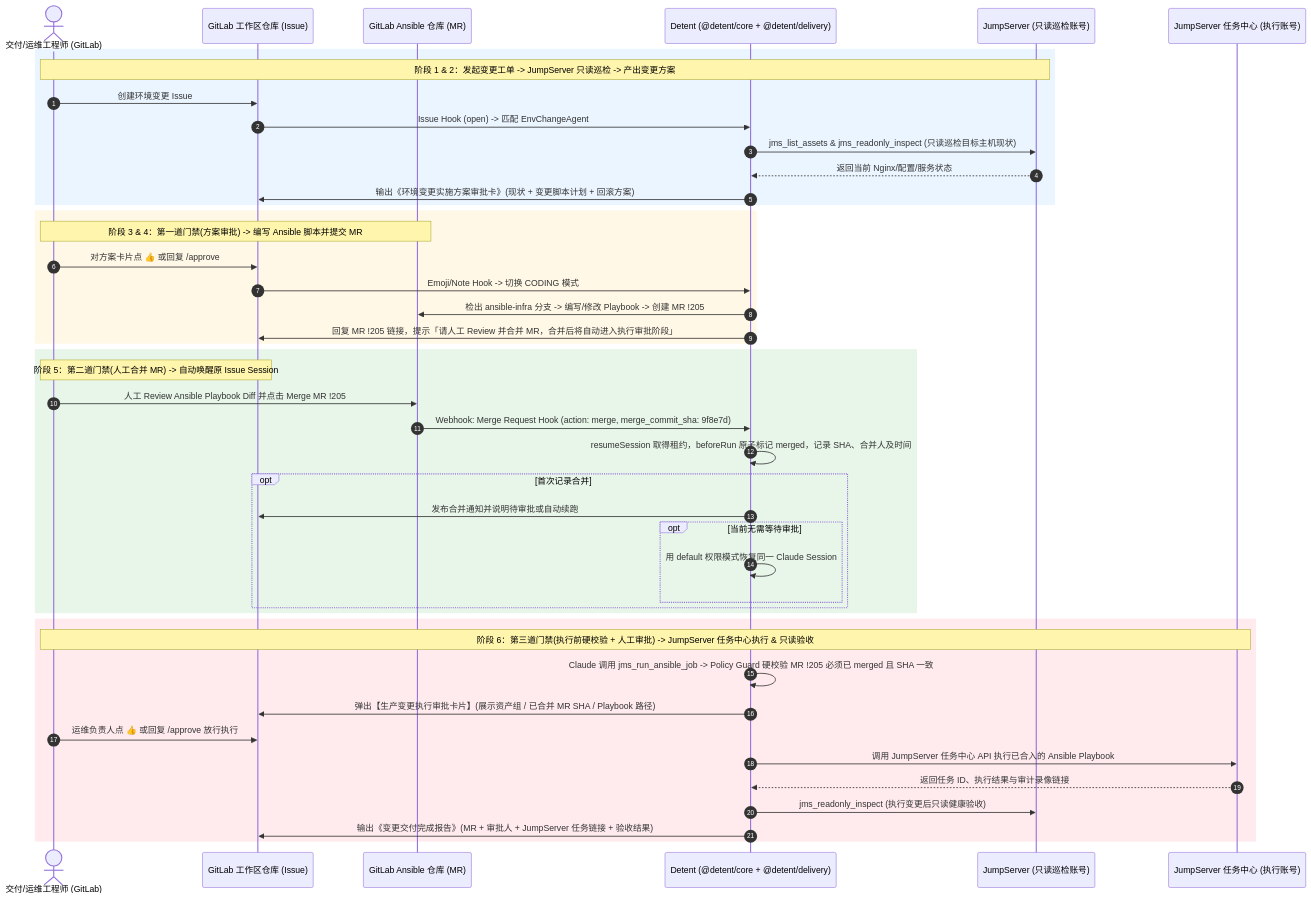
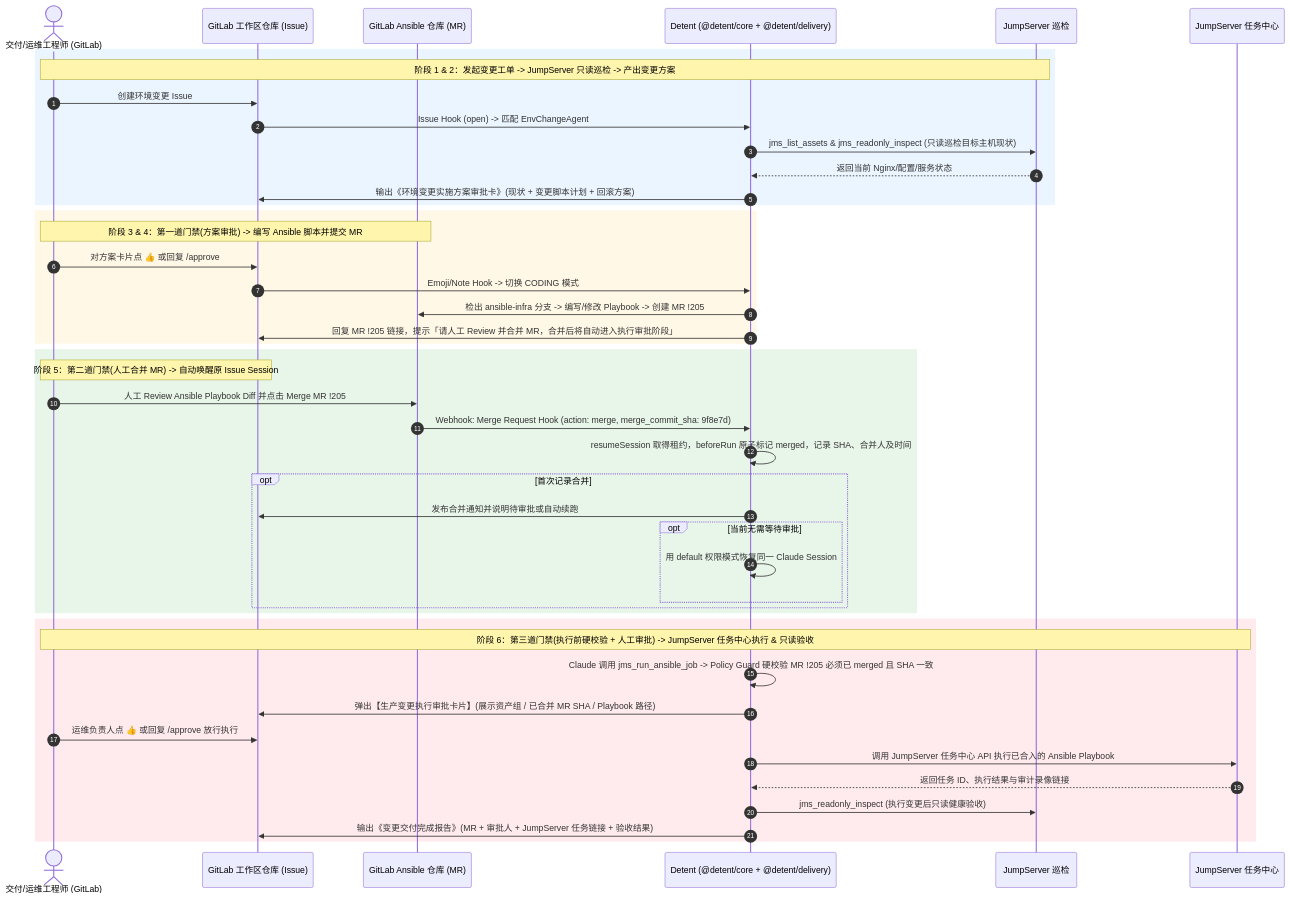
The second of 3 diagrams in docs/DESIGN.md (hallucination-studio/detent), drawn with Mermaid before and after one commit. The commit also changed other lines of this file and 62 other files, not shown here.

Commit message:
feat: add universal DETENT_SECRET_* vault, Hub capabilities.json, and single-key JumpServer auto-account

````diff
--- a/docs/DESIGN.md
+++ b/docs/DESIGN.md
@@ -201,51 +201,51 @@
 ```mermaid
 sequenceDiagram
     autonumber
     actor Ops as 交付/运维工程师 (GitLab)
     participant GL_Hub as GitLab 工作区仓库 (Issue)
     participant GL_Ans as GitLab Ansible 仓库 (MR)
     participant Detent as Detent (@detent/core + @detent/delivery)
-    participant JMS_RO as JumpServer (只读巡检账号)
-    participant JMS_Job as JumpServer 任务中心 (执行账号)
+    participant JMS_RO as JumpServer 巡检
+    participant JMS_Job as JumpServer 任务中心
 
     rect rgb(235, 245, 255)
         Note over Ops,JMS_RO: 阶段 1 & 2：发起变更工单 -> JumpServer 只读巡检 -> 产出变更方案
         Ops->>GL_Hub: 创建环境变更 Issue #88 (如标签 delivery::env-change)
         GL_Hub->>Detent: Issue Hook (open) -> 匹配 EnvChangeAgent
         Detent->>JMS_RO: jms_list_assets & jms_readonly_inspect (只读巡检目标主机现状)
         JMS_RO-->>Detent: 返回当前 Nginx/配置/服务状态
         Detent->>GL_Hub: 输出《环境变更实施方案审批卡》(现状 + 变更脚本计划 + 回滚方案)
     end
 
     rect rgb(255, 248, 230)
         Note over Ops,GL_Ans: 阶段 3 & 4：第一道门禁(方案审批) -> 编写 Ansible 脚本并提交 MR
         Ops->>GL_Hub: 对方案卡片点 👍 或回复 /approve
         GL_Hub->>Detent: Emoji/Note Hook -> 切换 CODING 模式
         Detent->>GL_Ans: 检出 ansible-infra 分支 -> 编写/修改 Playbook -> 创建 MR !205
         Detent->>GL_Hub: 回复 MR !205 链接，提示「请人工 Review 并合并 MR，合并后将自动进入执行审批阶段」
     end
 
     rect rgb(232, 245, 233)
         Note over Ops,GL_Hub: 阶段 5：第二道门禁(人工合并 MR) -> 自动唤醒原 Issue Session
         Ops->>GL_Ans: 人工 Review Ansible Playbook Diff 并点击 Merge MR !205
         GL_Ans->>Detent: Webhook: Merge Request Hook (action: merge, merge_commit_sha: 9f8e7d)
         Detent->>Detent: resumeSession 取得租约，beforeRun 原子标记 merged，记录 SHA、合并人及时间
         opt 首次记录合并
             Detent->>GL_Hub: 发布合并通知并说明待审批或自动续跑
             opt 当前无需等待审批
                 Detent->>Detent: 用 default 权限模式恢复同一 Claude Session
             end
         end
     end
 
     rect rgb(255, 235, 238)
         Note over Ops,JMS_Job: 阶段 6：第三道门禁(执行前硬校验 + 人工审批) -> JumpServer 任务中心执行 & 只读验收
         Detent->>Detent: Claude 调用 jms_run_ansible_job -> Policy Guard 硬校验 MR !205 必须已 merged 且 SHA 一致
         Detent->>GL_Hub: 弹出【生产变更执行审批卡片】(展示资产组 / 已合并 MR SHA / Playbook 路径)
         Ops->>GL_Hub: 运维负责人点 👍 或回复 /approve 放行执行
         Detent->>JMS_Job: 调用 JumpServer 任务中心 API 执行已合入的 Ansible Playbook
         JMS_Job-->>Detent: 返回任务 ID、执行结果与审计录像链接
         Detent->>JMS_RO: jms_readonly_inspect (执行变更后只读健康验收)
         Detent->>GL_Hub: 输出《变更交付完成报告》(MR + 审批人 + JumpServer 任务链接 + 验收结果)
     end
 ```
````
